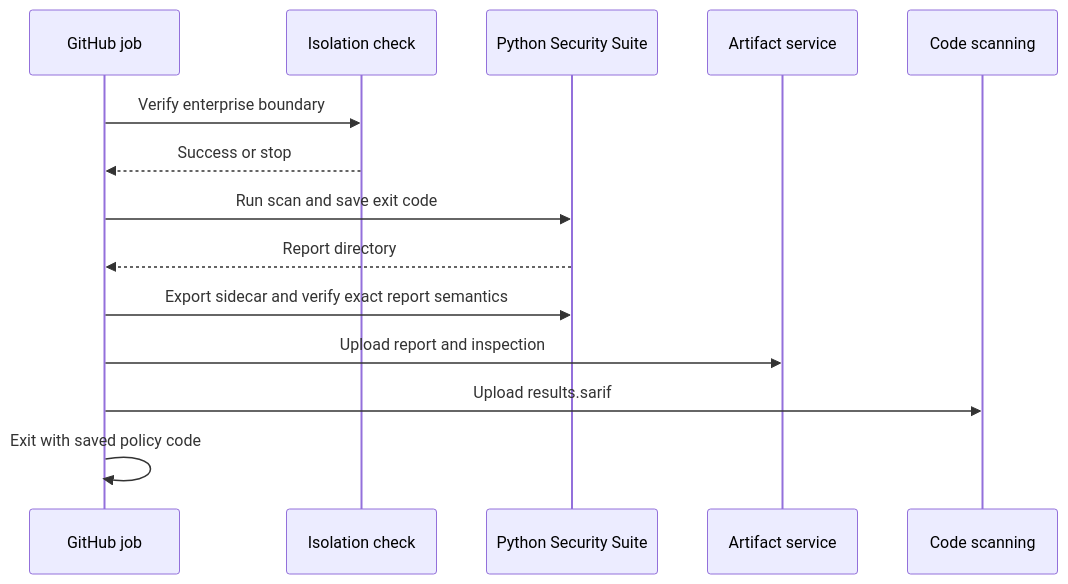
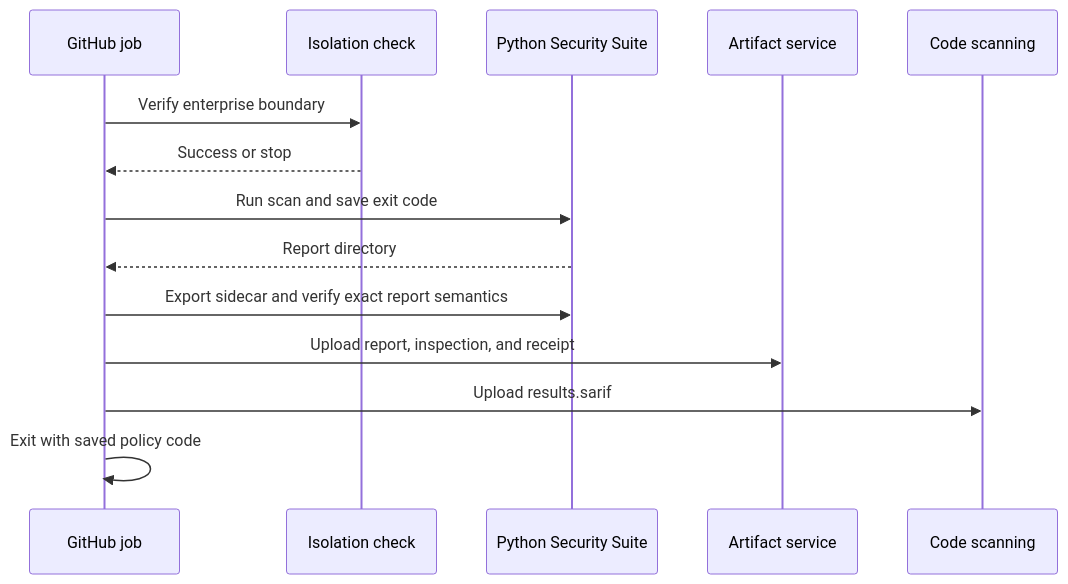
The second of 2 diagrams in docs/operations.md (willtran87/project-py-security-suite), drawn with Mermaid before and after one commit. The commit also changed other lines of this file and 11 other files, not shown here.

````diff
--- a/docs/operations.md
+++ b/docs/operations.md
@@ -353,17 +354,17 @@
 ```mermaid
 sequenceDiagram
     participant Job as GitHub job
     participant Guard as Isolation check
     participant Scan as Python Security Suite
     participant Artifact as Artifact service
     participant SARIF as Code scanning
 
     Job->>Guard: Verify enterprise boundary
     Guard-->>Job: Success or stop
     Job->>Scan: Run scan and save exit code
     Scan-->>Job: Report directory
     Job->>Scan: Export sidecar and verify exact report semantics
-    Job->>Artifact: Upload report and inspection
+    Job->>Artifact: Upload report, inspection, and receipt
     Job->>SARIF: Upload results.sarif
     Job->>Job: Exit with saved policy code
 ```
````
